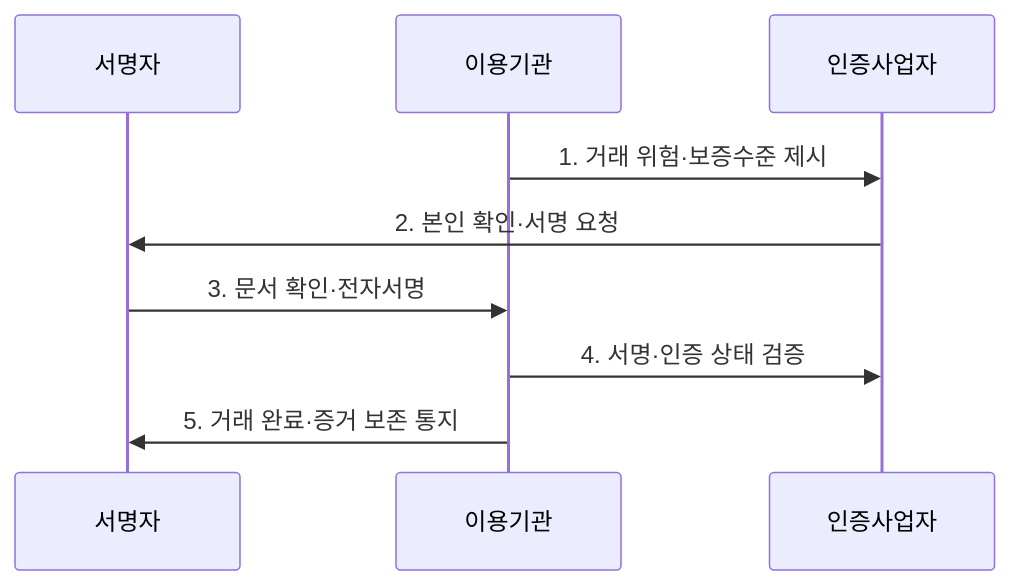
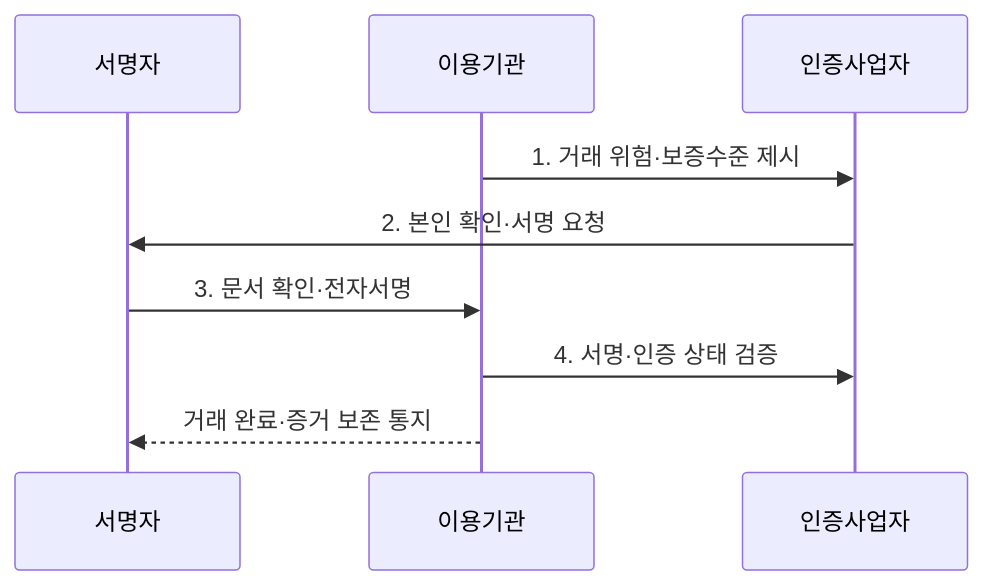
Before and after one commit to agnusdei1207/knowledge-base: the second of 2 diagrams in src/content/docs/notes/07-law-policy/026_electronic_signature_act.md, drawn with Mermaid. The commit also changed other lines of this file and 20 other files, not shown here.

````diff
--- a/src/content/docs/notes/07-law-policy/026_electronic_signature_act.md
+++ b/src/content/docs/notes/07-law-policy/026_electronic_signature_act.md
@@ -80,11 +80,11 @@
 ```mermaid
 sequenceDiagram
     participant 서명자
     participant 이용기관
     participant 인증사업자
     이용기관->>인증사업자: 1. 거래 위험·보증수준 제시
     인증사업자->>서명자: 2. 본인 확인·서명 요청
     서명자->>이용기관: 3. 문서 확인·전자서명
     이용기관->>인증사업자: 4. 서명·인증 상태 검증
-    이용기관->>서명자: 5. 거래 완료·증거 보존 통지
+    이용기관-->>서명자: 거래 완료·증거 보존 통지
 ```
````
